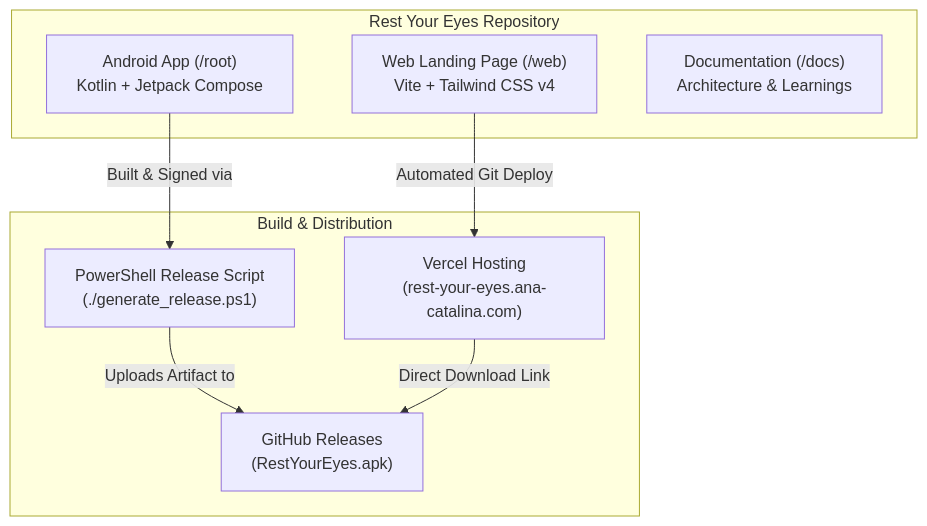
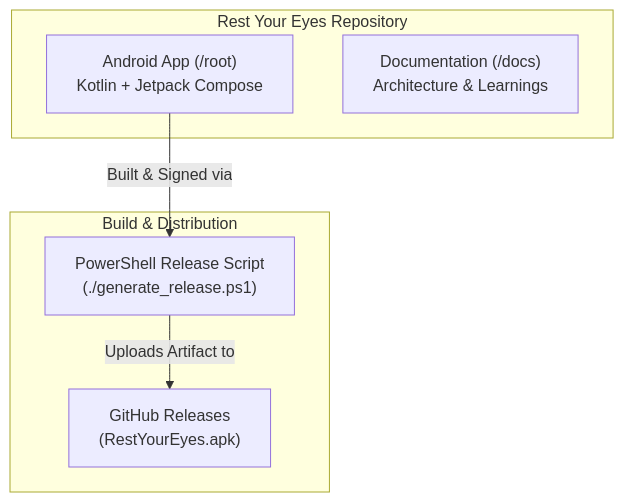
One commit to AnaCataVC/rest-your-eyes changed the first of 3 diagrams in docs/architecture.md. Above: the diagram before and after it, drawn with Mermaid. The commit also changed other lines of this file and 18 other files, not shown here.

Commit message:
chore: remove landing page now served from projects-hub

````diff
--- a/docs/architecture.md
+++ b/docs/architecture.md
@@ -6,19 +6,15 @@
 ```mermaid
 graph TD
     subgraph Repo["Rest Your Eyes Repository"]
         Android["Android App (/root)<br/>Kotlin + Jetpack Compose"]
-        Web["Web Landing Page (/web)<br/>Vite + Tailwind CSS v4"]
         Docs["Documentation (/docs)<br/>Architecture & Learnings"]
     end
 
     subgraph CI_CD["Build & Distribution"]
         Script["PowerShell Release Script<br/>(./generate_release.ps1)"]
         GHReleases["GitHub Releases<br/>(RestYourEyes.apk)"]
-        Vercel["Vercel Hosting<br/>(rest-your-eyes.ana-catalina.com)"]
     end
 
     Android -->|Built & Signed via| Script
     Script -->|Uploads Artifact to| GHReleases
-    Web -->|Automated Git Deploy| Vercel
-    Vercel -->|Direct Download Link| GHReleases
 ```
````
